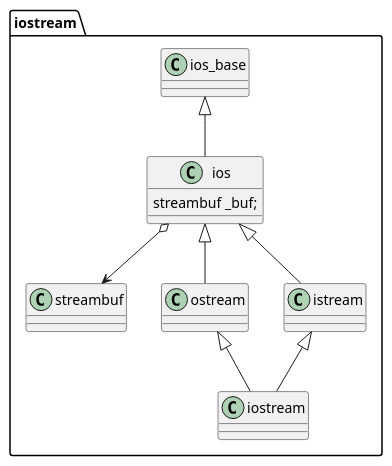
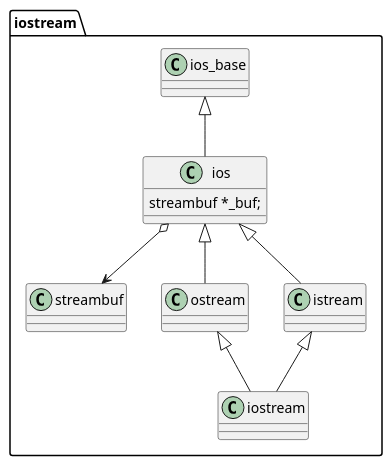
Before and after one commit to liner-lin/Cpp-notebook: the diagram in notes/iostream/iostream.plantuml, drawn with PlantUML. The commit also changed 7 other files, not shown here.

```diff
--- a/notes/iostream/iostream.plantuml
+++ b/notes/iostream/iostream.plantuml
@@ -1,24 +1,24 @@
 @startuml iostream
 package "iostream" {
     class ios_base {
     }
     class ios {
-        streambuf _buf;
+        streambuf *_buf;
     }
     class streambuf {
     }
     class ostream {
     }
     class istream {
     }
     class iostream {
     }
 
     ios_base <|-- ios
     ios o--> streambuf
     ios <|-- ostream
     ios <|-- istream
     ostream <|-- iostream
     istream <|-- iostream
 }
 @enduml
```
